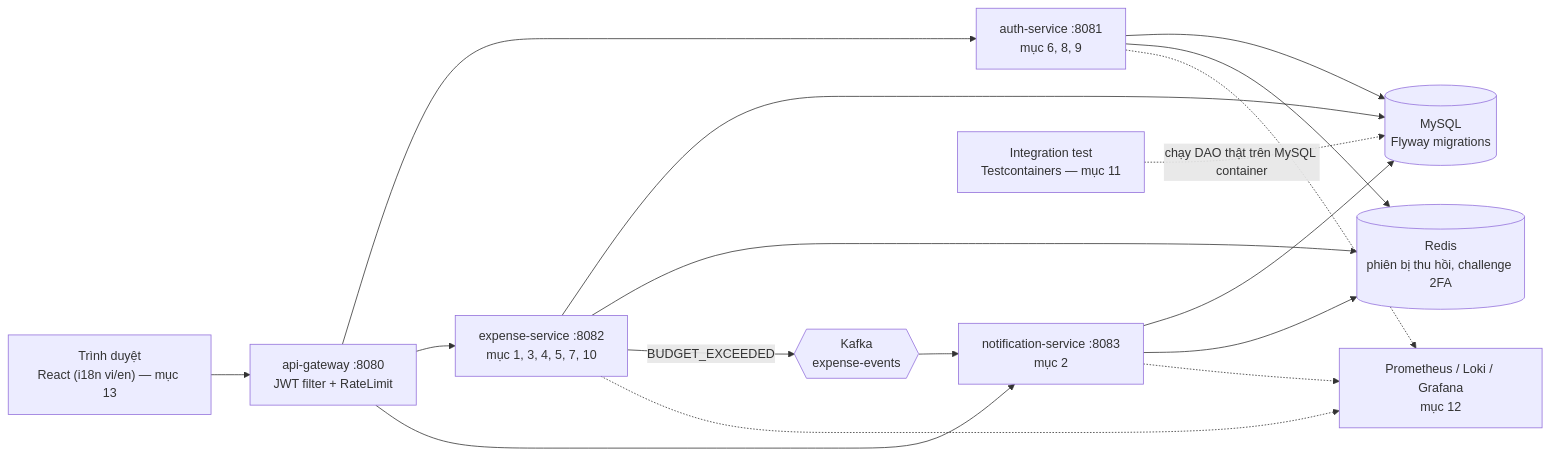
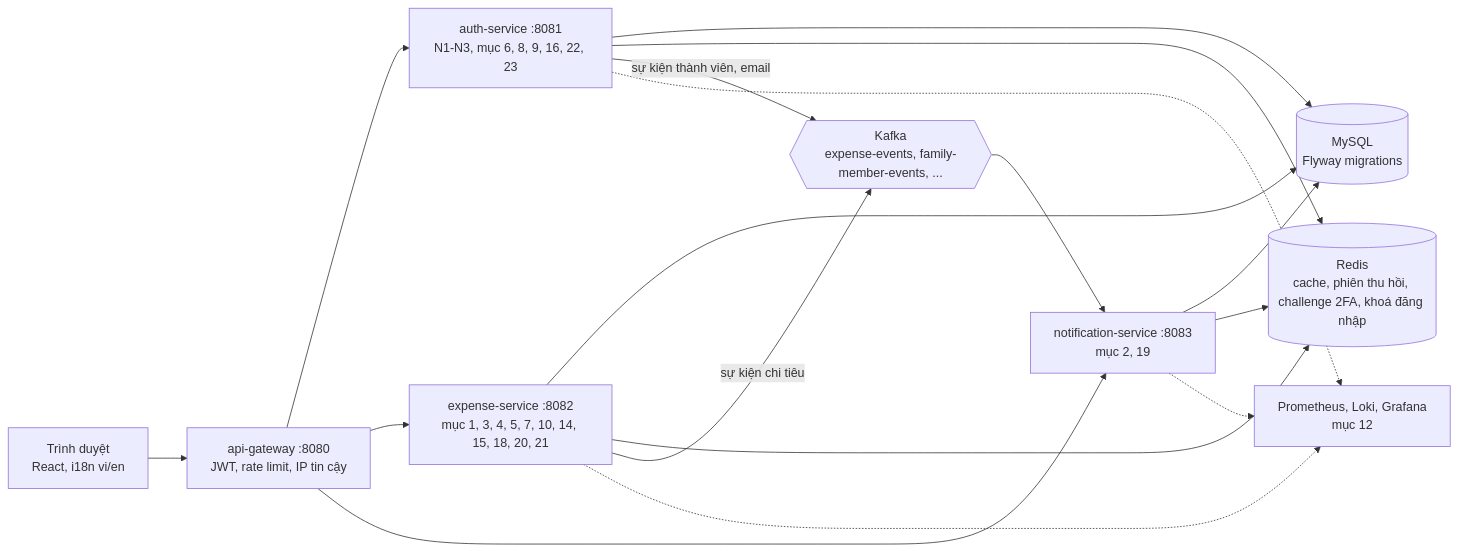
One commit to boyquynhluu/family-expense-manager changed the first of 33 diagrams in README.md. Above: the diagram before and after it, drawn with Mermaid. The commit also changed other lines of this file and 1 other file, not shown here.

````diff
--- a/README.md
+++ b/README.md
@@ -315,29 +165,29 @@
 ```mermaid
 flowchart LR
-    U["Trình duyệt<br/>React (i18n vi/en) — mục 13"]
-    GW["api-gateway :8080<br/>JWT filter + RateLimit"]
-    AU["auth-service :8081<br/>mục 6, 8, 9"]
-    EX["expense-service :8082<br/>mục 1, 3, 4, 5, 7, 10"]
-    NO["notification-service :8083<br/>mục 2"]
+    U["Trình duyệt<br/>React, i18n vi/en"]
+    GW["api-gateway :8080<br/>JWT, rate limit, IP tin cậy"]
+    AU["auth-service :8081<br/>N1-N3, mục 6, 8, 9, 16, 22, 23"]
+    EX["expense-service :8082<br/>mục 1, 3, 4, 5, 7, 10, 14, 15, 18, 20, 21"]
+    NO["notification-service :8083<br/>mục 2, 19"]
     DB[("MySQL<br/>Flyway migrations")]
-    RD[("Redis<br/>phiên bị thu hồi, challenge 2FA")]
-    KF{{"Kafka<br/>expense-events"}}
-    OB["Prometheus / Loki / Grafana<br/>mục 12"]
-    IT["Integration test<br/>Testcontainers — mục 11"]
+    RD[("Redis<br/>cache, phiên thu hồi, challenge 2FA, khoá đăng nhập")]
+    KF{{"Kafka<br/>expense-events, family-member-events, ..."}}
+    OB["Prometheus, Loki, Grafana<br/>mục 12"]
 
     U --> GW
     GW --> AU
     GW --> EX
     GW --> NO
     AU --> DB
     EX --> DB
     NO --> DB
     AU --> RD
     EX --> RD
     NO --> RD
-    EX -- "BUDGET_EXCEEDED" --> KF --> NO
+    EX -- "sự kiện chi tiêu" --> KF
+    AU -- "sự kiện thành viên, email" --> KF
+    KF --> NO
     AU -.-> OB
     EX -.-> OB
     NO -.-> OB
-    IT -.->|"chạy DAO thật trên MySQL container"| DB
 ```
````
